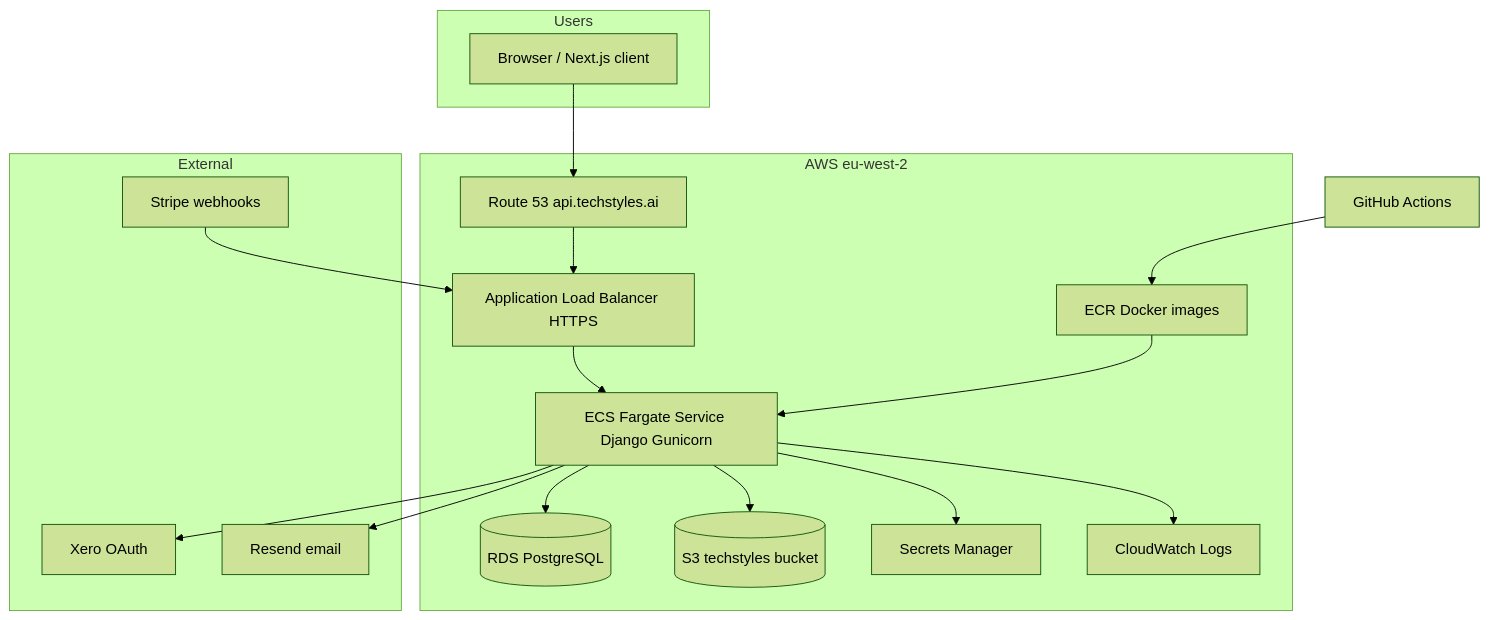
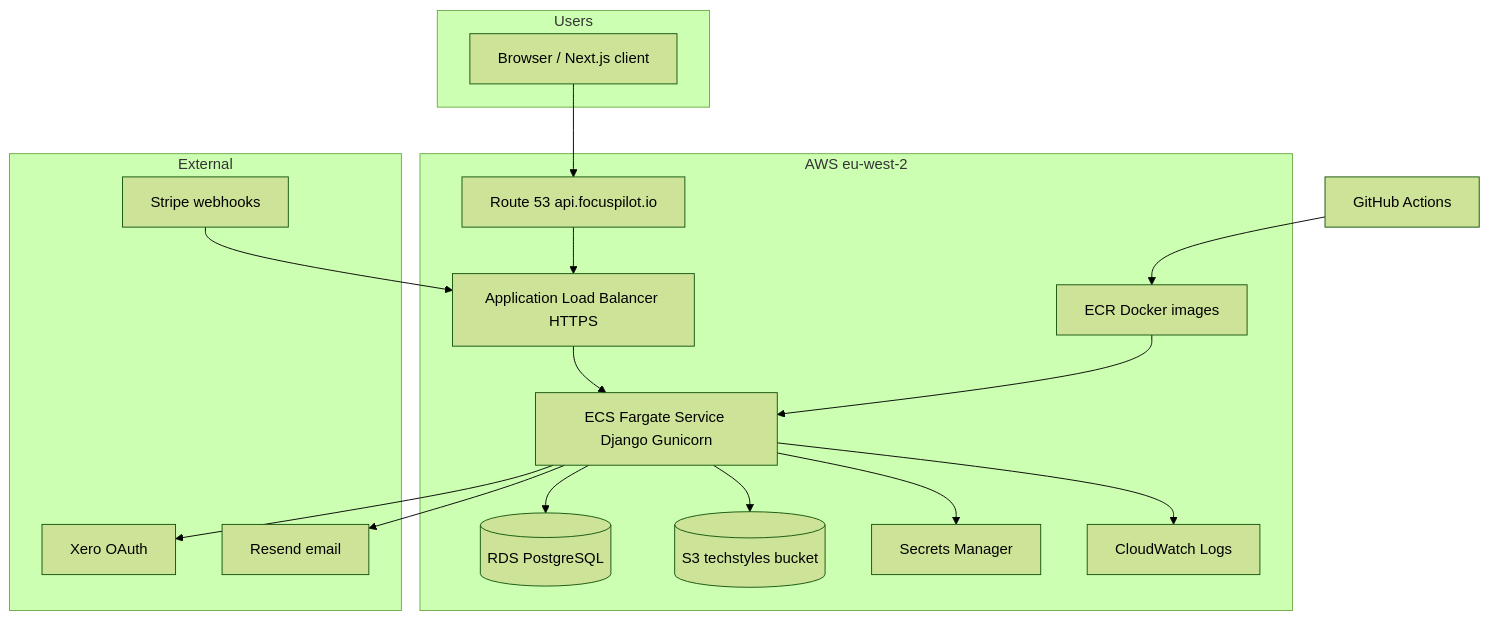
Before and after one commit to readul-islam/Focus-Studio: the diagram in docs/AWS-DEPLOYMENT.md, drawn with Mermaid (forest theme). The commit also changed other lines of this file and 88 other files, not shown here.

````diff
--- a/docs/AWS-DEPLOYMENT.md
+++ b/docs/AWS-DEPLOYMENT.md
@@ -64,33 +64,33 @@
 ```mermaid
 flowchart TB
   subgraph users [Users]
     Browser[Browser / Next.js client]
   end
 
   subgraph aws [AWS eu-west-2]
-    Route53[Route 53 api.techstyles.ai]
+    Route53[Route 53 api.focuspilot.io]
     ALB[Application Load Balancer HTTPS]
     ECS[ECS Fargate Service Django Gunicorn]
     RDS[(RDS PostgreSQL)]
     S3[(S3 techstyles bucket)]
     SM[Secrets Manager]
     ECR[ECR Docker images]
     CW[CloudWatch Logs]
   end
 
   subgraph external [External]
     Stripe[Stripe webhooks]
     Xero[Xero OAuth]
     Resend[Resend email]
   end
 
   Browser --> Route53 --> ALB --> ECS
   ECS --> RDS
   ECS --> S3
   ECS --> SM
   Stripe --> ALB
   ECS --> Xero
   ECS --> Resend
   GitHub[GitHub Actions] --> ECR --> ECS
   ECS --> CW
 ```
````
